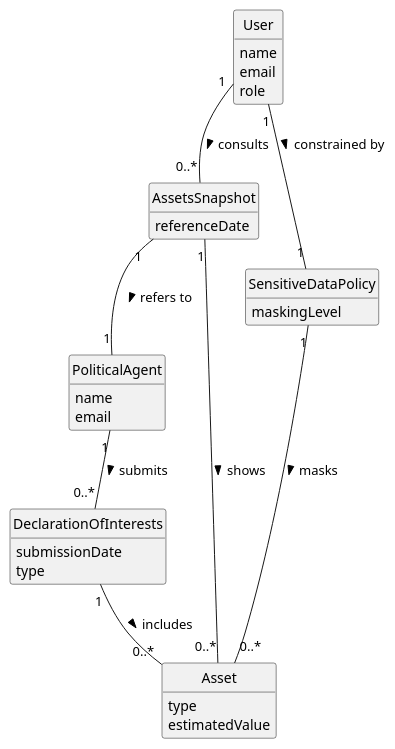
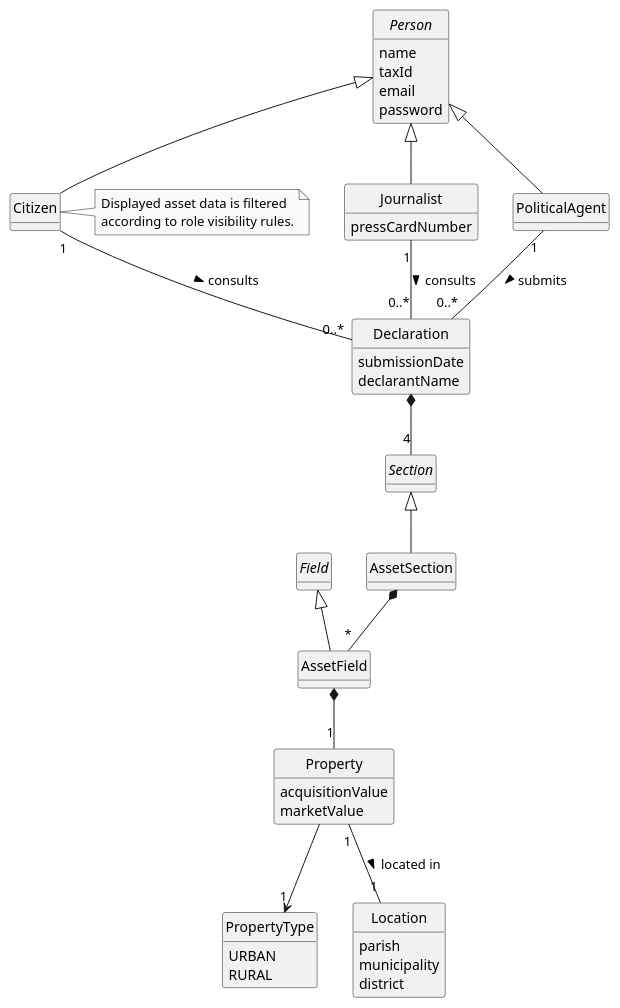
The diagram in docs/system-documentation/US11/02.analysis/puml/US011-DM.puml (Departamento-de-Engenharia-Informatica/sem2-pi-25-26-g096-repo), drawn with PlantUML before and after one commit. The commit also changed 2 other files, not shown here.

```diff
--- a/docs/system-documentation/US11/02.analysis/puml/US011-DM.puml
+++ b/docs/system-documentation/US11/02.analysis/puml/US011-DM.puml
@@ -1,48 +1,81 @@
 @startuml
 skinparam monochrome true
 skinparam packageStyle rectangle
 skinparam shadowing false
 skinparam classAttributeIconSize 0
 hide circle
 hide methods
 
-class User {
+abstract class Person {
     name
+    taxId
     email
-    role
+    password
+}
+
+class Citizen {
+}
+
+class Journalist {
+    pressCardNumber
 }
 
 class PoliticalAgent {
-    name
-    email
 }
 
-class AssetsSnapshot {
-    referenceDate
+class Declaration {
+    submissionDate
+    declarantName
 }
 
-class DeclarationOfInterests {
-    submissionDate
-    type
+abstract class Section {
 }
 
-class Asset {
-    type
-    estimatedValue
+class AssetSection {
 }
 
-class SensitiveDataPolicy {
-    maskingLevel
+abstract class Field {
 }
 
-User "1" -- "0..*" AssetsSnapshot : consults >
-AssetsSnapshot "1" -- "1" PoliticalAgent : refers to >
-AssetsSnapshot "1" -- "0..*" Asset : shows >
+class AssetField {
+}
 
-PoliticalAgent "1" -- "0..*" DeclarationOfInterests : submits >
-DeclarationOfInterests "1" -- "0..*" Asset : includes >
+class Property {
+    acquisitionValue
+    marketValue
+}
 
-User "1" -- "1" SensitiveDataPolicy : constrained by >
-SensitiveDataPolicy "1" -- "0..*" Asset : masks >
+enum PropertyType {
+    URBAN
+    RURAL
+}
+
+class Location {
+    parish
+    municipality
+    district
+}
+
+Person <|-- Citizen
+Person <|-- Journalist
+Person <|-- PoliticalAgent
+
+Section <|-- AssetSection
+Field <|-- AssetField
+
+PoliticalAgent "1" -- "0..*" Declaration : submits >
+Declaration *-- "4" Section
+AssetSection *-- "*" AssetField
+AssetField *-- "1" Property
+Property --> "1" PropertyType
+Property "1" -- "1" Location : located in >
+
+Citizen "1" -- "0..*" Declaration : consults >
+Journalist "1" -- "0..*" Declaration : consults >
+
+note right of Citizen
+Displayed asset data is filtered
+according to role visibility rules.
+end note
 
 @enduml
```
